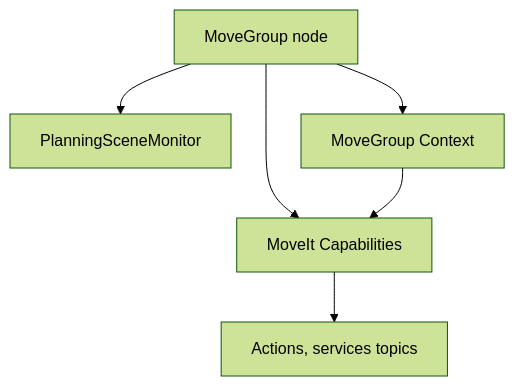
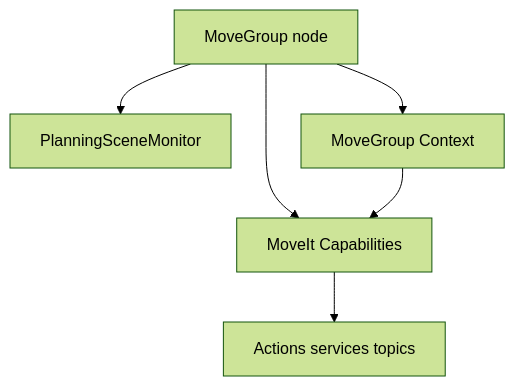
One commit to rafaelrojasmiliani/moveit_tutorial changed the first of 2 diagrams in 08_movegroup_anatomy/readme.md. Above: the diagram before and after it, drawn with Mermaid (forest theme). The commit also changed 1 other file, not shown here.

Commit message:
[08] markdown fixs

````diff
--- a/08_movegroup_anatomy/readme.md
+++ b/08_movegroup_anatomy/readme.md
@@ -5,7 +5,7 @@
 ```mermaid
 graph TB;
 MG[MoveGroup node] --> PSM[PlanningSceneMonitor];
-MG --> MC[MoveIt Capabilities] --> AST[Actions, services topics];
+MG --> MC[MoveIt Capabilities] --> AST[Actions services topics];
 MG --> MGC[MoveGroup Context];
 MGC --> MC;
 ```
````
